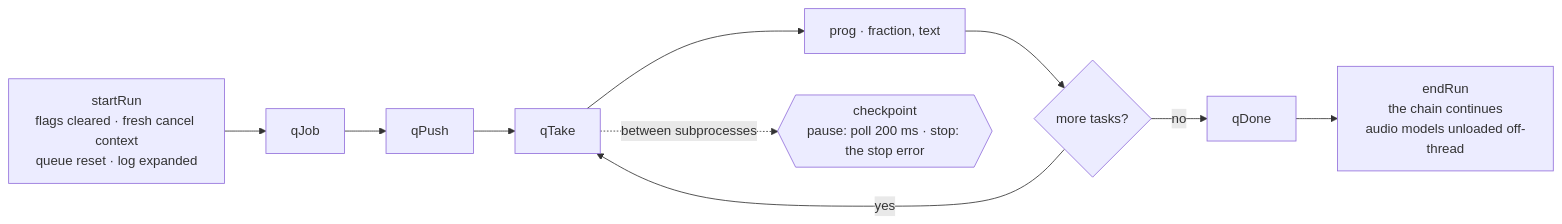
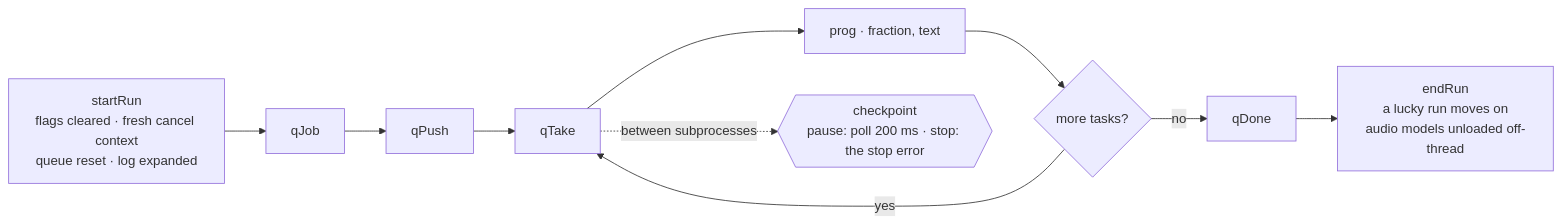
The fifth of 13 diagrams in spec/03-shell.md (tbocek/naivepost), drawn with Mermaid before and after one commit. The commit also changed other lines of this file and 24 other files, not shown here.

````diff
--- a/spec/03-shell.md
+++ b/spec/03-shell.md
@@ -125,10 +130,10 @@
 ```mermaid
 flowchart LR
   S["startRun<br/>flags cleared · fresh cancel context<br/>queue reset · log expanded"] --> J["qJob"] --> Q["qPush"] --> T["qTake"]
   T --> P["prog · fraction, text"] --> D{"more tasks?"}
   D -- yes --> T
-  D -- no --> DN["qDone"] --> E["endRun<br/>the chain continues<br/>audio models unloaded off-thread"]
+  D -- no --> DN["qDone"] --> E["endRun<br/>a lucky run moves on<br/>audio models unloaded off-thread"]
   T -.between subprocesses.-> CP{{checkpoint<br/>pause: poll 200 ms · stop: the stop error}}
   classDef refuse fill:#fde2e1,stroke:#c01c28,color:#1a1a1a
   classDef done fill:#e3f1e6,stroke:#2e7d32,color:#1a1a1a
 ```
````
